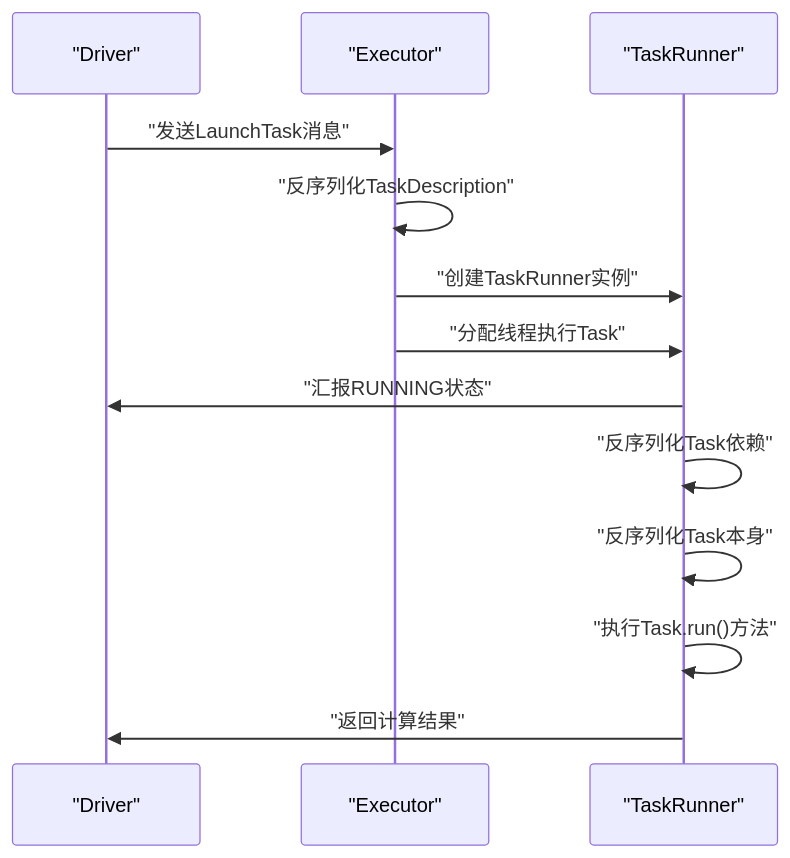
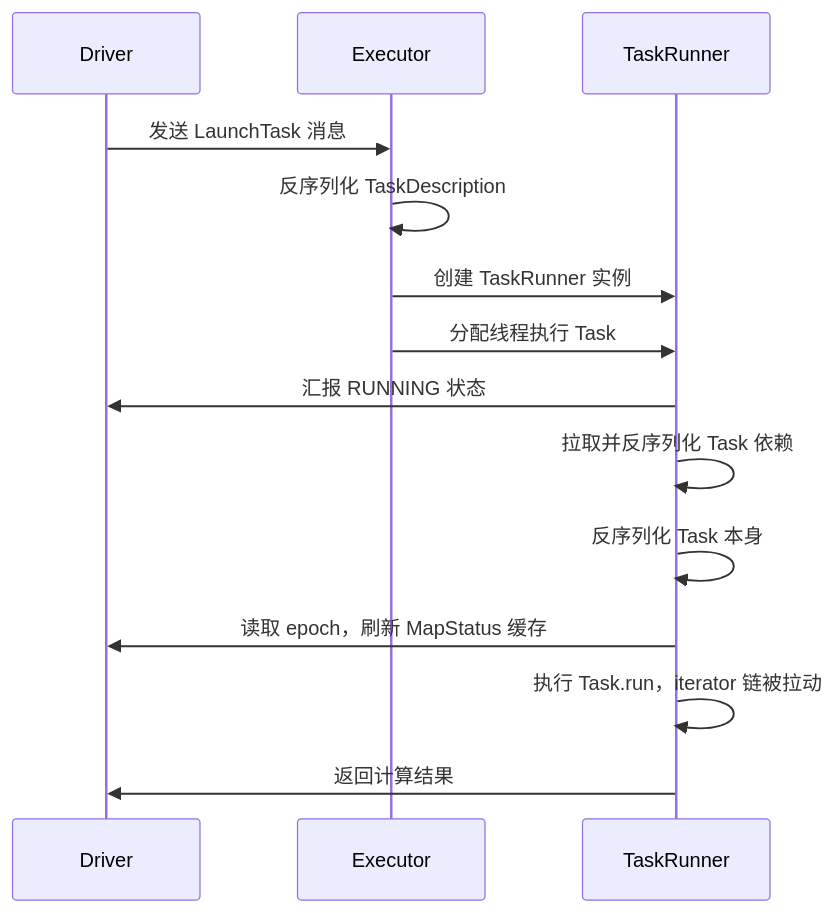
The third of 5 diagrams in content/大数据/Spark/读书笔记-spark内核/03_调度与执行机制/1. Spark核心调度与容错机制.md (hpliStartAgain/my-brain), drawn with Mermaid before and after one commit. The commit also changed other lines of this file and 259 other files, not shown here.

````diff
--- a/content/大数据/Spark/读书笔记-spark内核/03_调度与执行机制/1. Spark核心调度与容错机制.md
+++ b/content/大数据/Spark/读书笔记-spark内核/03_调度与执行机制/1. Spark核心调度与容错机制.md
@@ -133,16 +405,17 @@
 ```mermaid
+%%{init: {'theme': 'dracula'}}%%
 sequenceDiagram
-    participant D as "Driver"
-    participant E as "Executor"
-    participant T as "TaskRunner"
-    
-    D->>E: "发送LaunchTask消息"
-    E->>E: "反序列化TaskDescription"
-    E->>T: "创建TaskRunner实例"
-    E->>T: "分配线程执行Task"
-    T->>D: "汇报RUNNING状态"
-    T->>T: "反序列化Task依赖"
-    T->>T: "反序列化Task本身"
-    T->>T: "执行Task.run()方法"
-    T->>D: "返回计算结果"
+    participant D as Driver
+    participant E as Executor
+    participant T as TaskRunner
+    D->>E: 发送 LaunchTask 消息
+    E->>E: 反序列化 TaskDescription
+    E->>T: 创建 TaskRunner 实例
+    E->>T: 分配线程执行 Task
+    T->>D: 汇报 RUNNING 状态
+    T->>T: 拉取并反序列化 Task 依赖
+    T->>T: 反序列化 Task 本身
+    T->>D: 读取 epoch，刷新 MapStatus 缓存
+    T->>T: 执行 Task.run，iterator 链被拉动
+    T->>D: 返回计算结果
 ```
````
